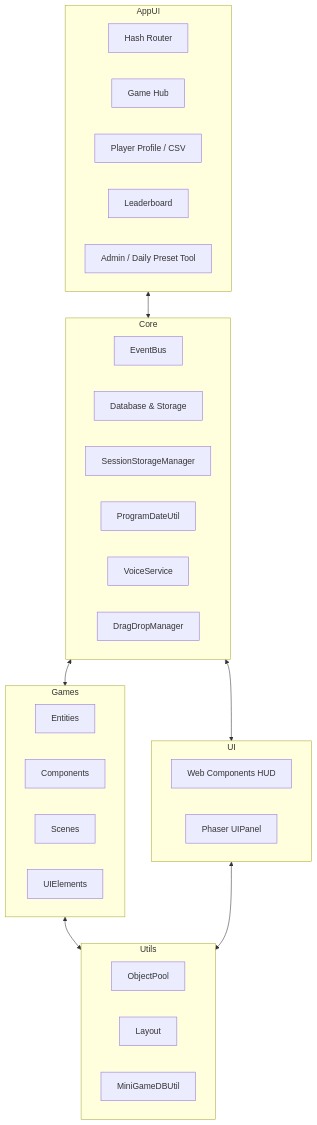
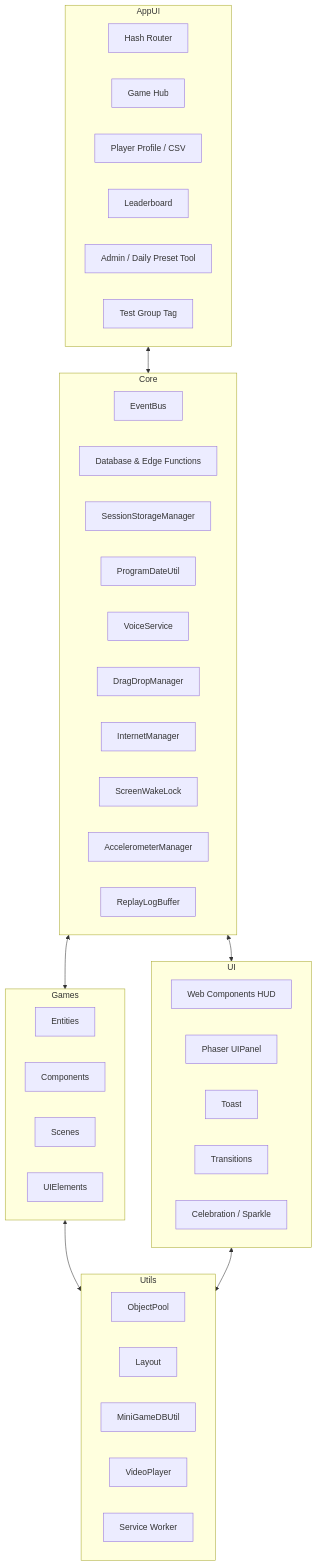
One commit to ChayutChanmueang/mci-cognitive-game-hub-dev-deploy changed the diagram in docs/software/01-system-design.md. Above: the diagram before and after it, drawn with Mermaid. The commit also changed other lines of this file and 6 other files, not shown here.

````diff
--- a/docs/software/01-system-design.md
+++ b/docs/software/01-system-design.md
@@ -5,43 +5,53 @@
 ```mermaid
 graph TD
     subgraph Core
         EventBus
-        DB[Database & Storage]
+        DB[Database & Edge Functions]
         Session[SessionStorageManager]
         ProgramDate[ProgramDateUtil]
         Voice[VoiceService]
         DDM[DragDropManager]
+        Net[InternetManager]
+        Wake[ScreenWakeLock]
+        Accel[AccelerometerManager]
+        Replay[ReplayLogBuffer]
     end
 
     subgraph AppUI
         Routes[Hash Router]
         Hub[Game Hub]
         Profile[Player Profile / CSV]
         Leaderboard
         Admin[Admin / Daily Preset Tool]
+        Groups[Test Group Tag]
     end
 
     subgraph Games
         Entities
         Components
         Scenes
         UIElements
     end
 
     subgraph UI
         WebHUD[Web Components HUD]
         PhaserUI[Phaser UIPanel]
+        Toast
+        Transitions
+        Effects[Celebration / Sparkle]
     end
 
     subgraph Utils
         ObjectPool
         Layout
         DBUtil[MiniGameDBUtil]
+        Video[VideoPlayer]
+        PWA[Service Worker]
     end
 
     AppUI <--> Core
     Core <--> Games
     Core <--> UI
     Games <--> Utils
     UI <--> Utils
 ```
````
